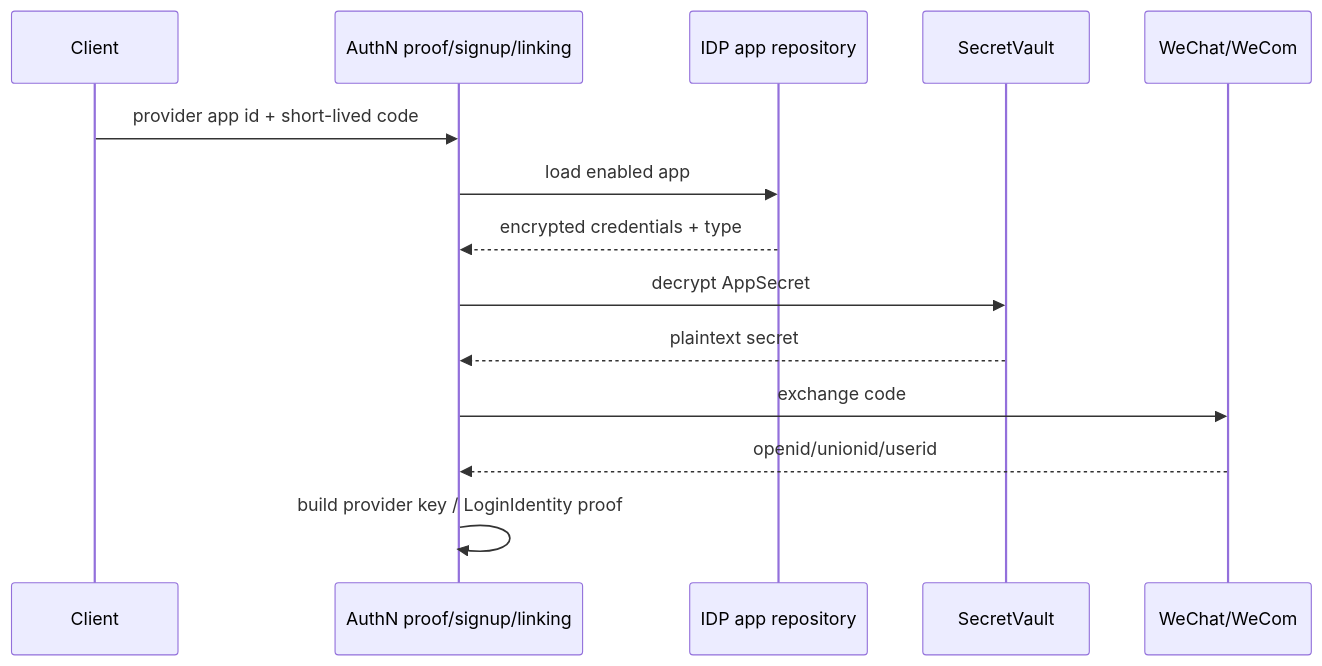
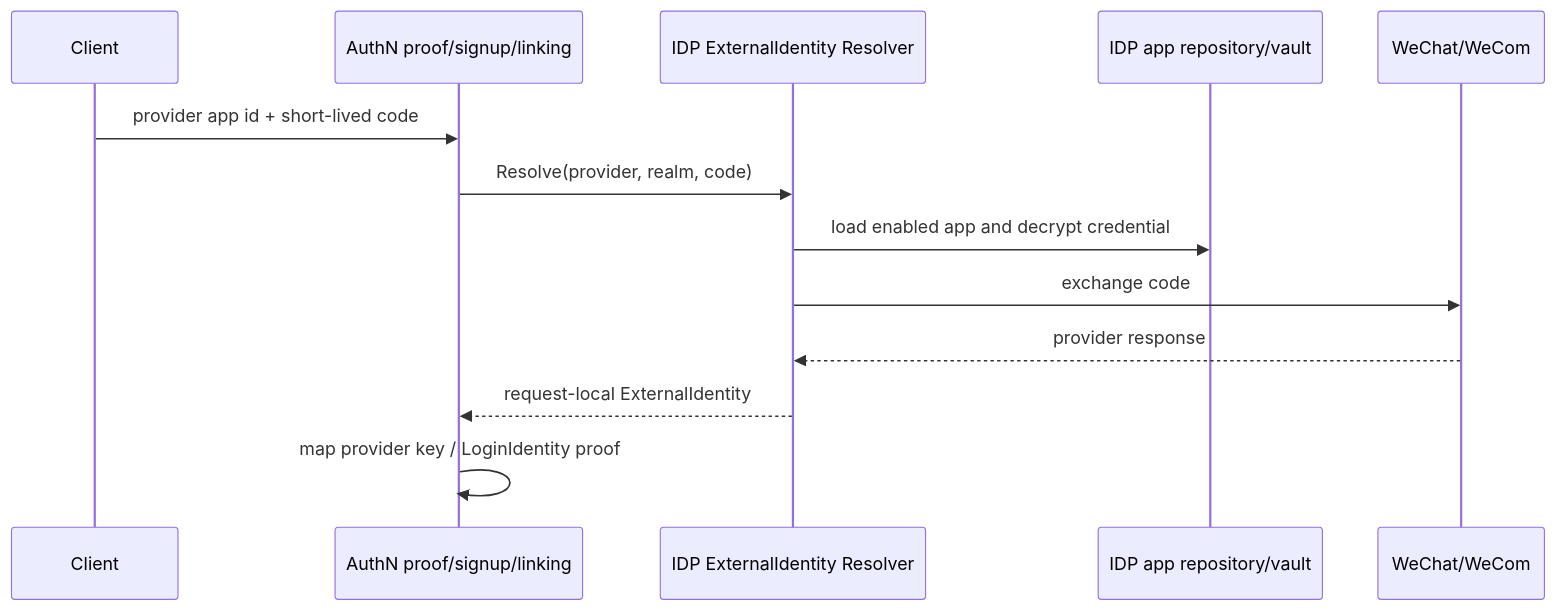
Before and after one commit to FangcunMount/iam: the diagram in docs/02-业务模块/04-IDP/02-外部身份解析与AuthN协作.md, drawn with Mermaid. The commit also changed other lines of this file and 2 other files, not shown here.

Commit message:
docs(idp): document external identity boundary

````diff
--- a/docs/02-业务模块/04-IDP/02-外部身份解析与AuthN协作.md
+++ b/docs/02-业务模块/04-IDP/02-外部身份解析与AuthN协作.md
@@ -7,16 +7,15 @@
 ```mermaid
 sequenceDiagram
     participant C as Client
     participant A as AuthN proof/signup/linking
-    participant D as IDP app repository
-    participant V as SecretVault
+    participant R as IDP ExternalIdentity Resolver
+    participant D as IDP app repository/vault
     participant P as WeChat/WeCom
     C->>A: provider app id + short-lived code
-    A->>D: load enabled app
-    D-->>A: encrypted credentials + type
-    A->>V: decrypt AppSecret
-    V-->>A: plaintext secret
-    A->>P: exchange code
-    P-->>A: openid/unionid/userid
-    A->>A: build provider key / LoginIdentity proof
+    A->>R: Resolve(provider, realm, code)
+    R->>D: load enabled app and decrypt credential
+    R->>P: exchange code
+    P-->>R: provider response
+    R-->>A: request-local ExternalIdentity
+    A->>A: map provider key / LoginIdentity proof
 ```
````
